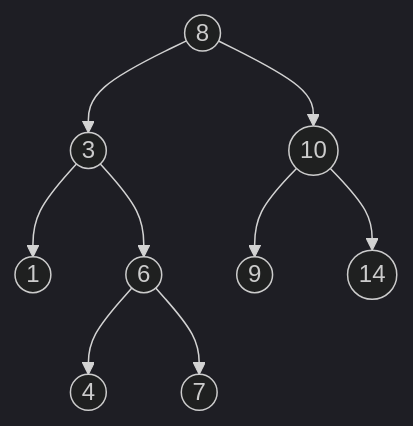
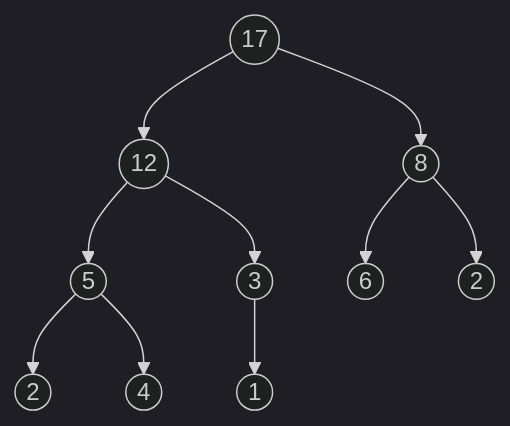
One commit to henrique-souza/c_and_cpp_exercises changed the diagram in README.md. Above: the diagram before and after it, drawn with Mermaid (dark theme). The commit also changed other lines of this file, not shown here.

Commit message:
update readme heap

````diff
--- a/README.md
+++ b/README.md
@@ -16,11 +20,12 @@
 ```mermaid
 graph TB;
-    A((8))-->B((3))
-    A-->C((10))
-    B-->D((1))
-    B-->E((6))
-    C-->F((9))
-    C-->G((14))
-    E-->H((4))
-    E-->I((7))
+    A((17))-->B((12))
+    A-->C((8))
+    B-->D((5))
+    B-->E((3))
+    C-->F((6))
+    D-->G((2))
+    D-->H((4))
+    C-->I((2))
+    E-->J((1))
 ```
````
